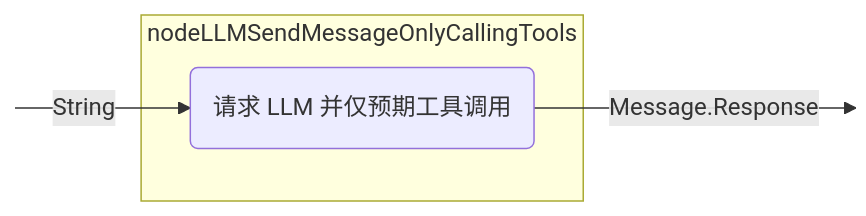
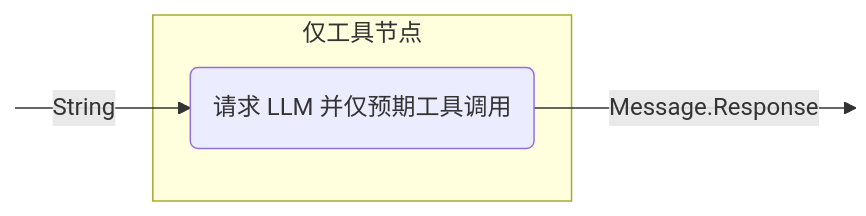
Before and after one commit to BinaryTape/Open-Docs: the fourth of 15 diagrams in docs/koog/nodes-and-components.md, drawn with Mermaid. The commit also changed other lines of this file and 164 other files, not shown here.

````diff
--- a/docs/koog/nodes-and-components.md
+++ b/docs/koog/nodes-and-components.md
@@ -253,13 +252,13 @@
 ```mermaid
 graph LR
     in:::hidden
     out:::hidden
     
-    subgraph node ["nodeLLMSendMessageOnlyCallingTools"]
+    subgraph node ["仅工具节点"]
         execute(请求 LLM 并仅预期工具调用)
     end
     
     in --String--> execute --Message.Response--> out
 
     classDef hidden display: none;
 ```
````
